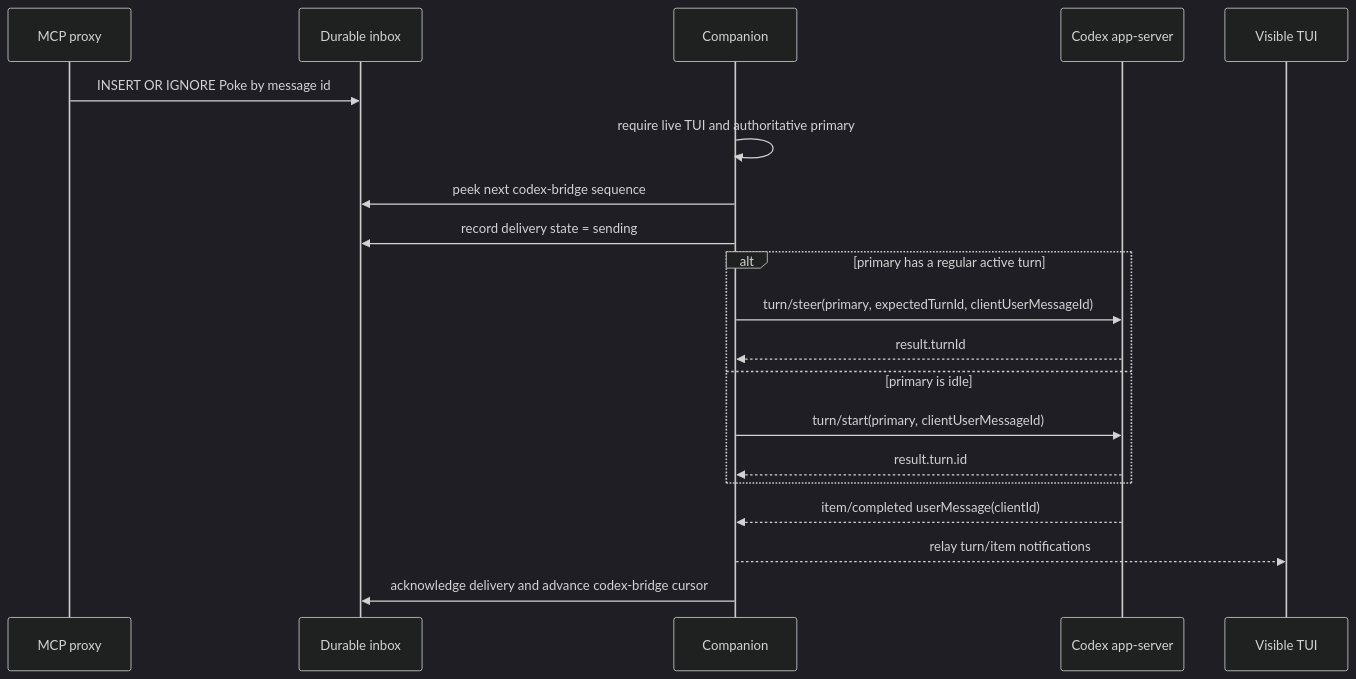
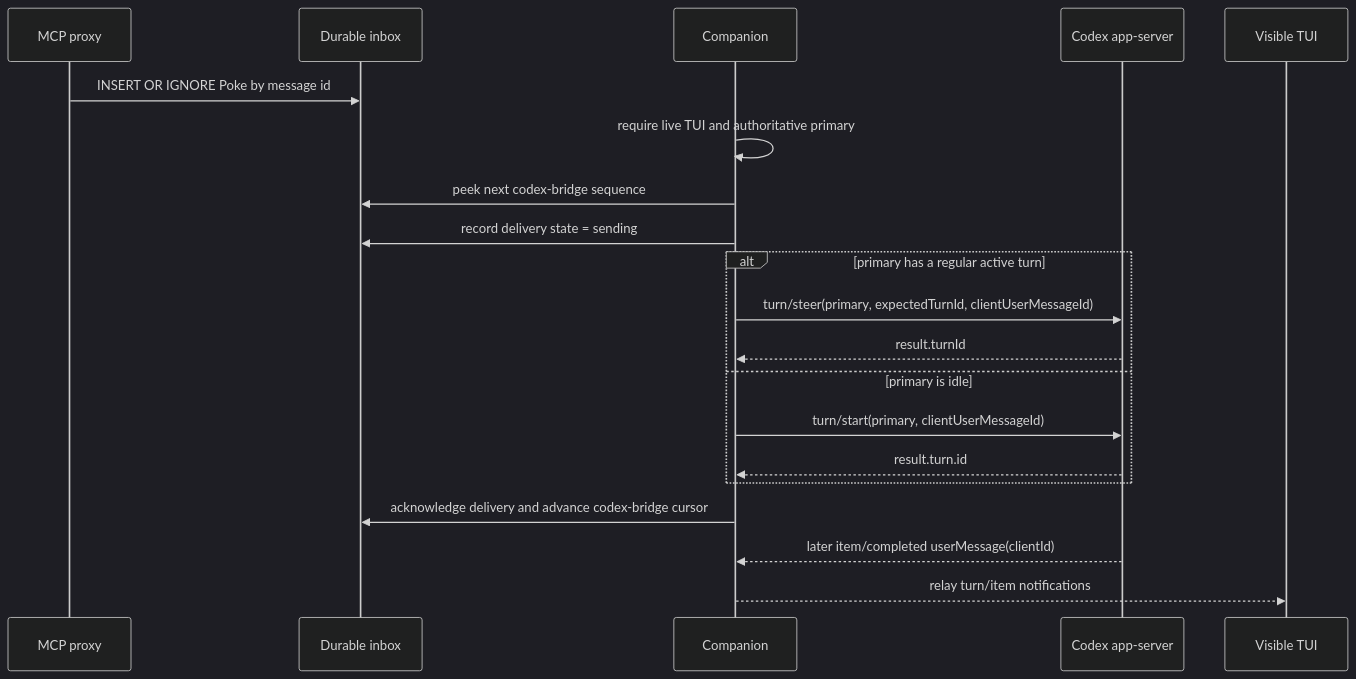
The third of 3 diagrams in public/scripts/UCLUSION_CODEX_BRIDGE.md (Uclusion/uclusion_web_ui), drawn with Mermaid (dark theme) before and after one commit. The commit also changed other lines of this file and 2 other files, not shown here.

Commit message:
T-all-2507 Fix immediate Poke delivery

````diff
--- a/public/scripts/UCLUSION_CODEX_BRIDGE.md
+++ b/public/scripts/UCLUSION_CODEX_BRIDGE.md
@@ -277,23 +287,23 @@
 ```mermaid
 sequenceDiagram
     participant P as MCP proxy
     participant Q as Durable inbox
     participant C as Companion
     participant A as Codex app-server
     participant T as Visible TUI
 
     P->>Q: INSERT OR IGNORE Poke by message id
     C->>C: require live TUI and authoritative primary
     C->>Q: peek next codex-bridge sequence
     C->>Q: record delivery state = sending
     alt primary has a regular active turn
         C->>A: turn/steer(primary, expectedTurnId, clientUserMessageId)
         A-->>C: result.turnId
     else primary is idle
         C->>A: turn/start(primary, clientUserMessageId)
         A-->>C: result.turn.id
     end
-    A-->>C: item/completed userMessage(clientId)
+    C->>Q: acknowledge delivery and advance codex-bridge cursor
+    A-->>C: later item/completed userMessage(clientId)
     C-->>T: relay turn/item notifications
-    C->>Q: acknowledge delivery and advance codex-bridge cursor
 ```
````
